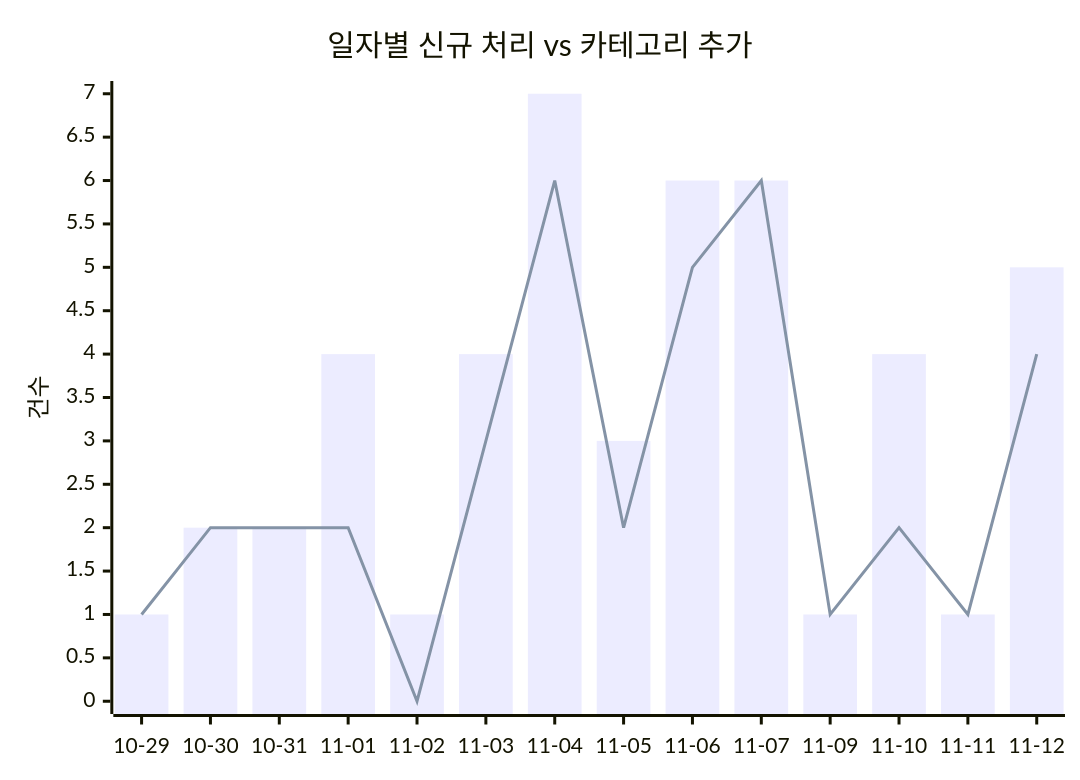
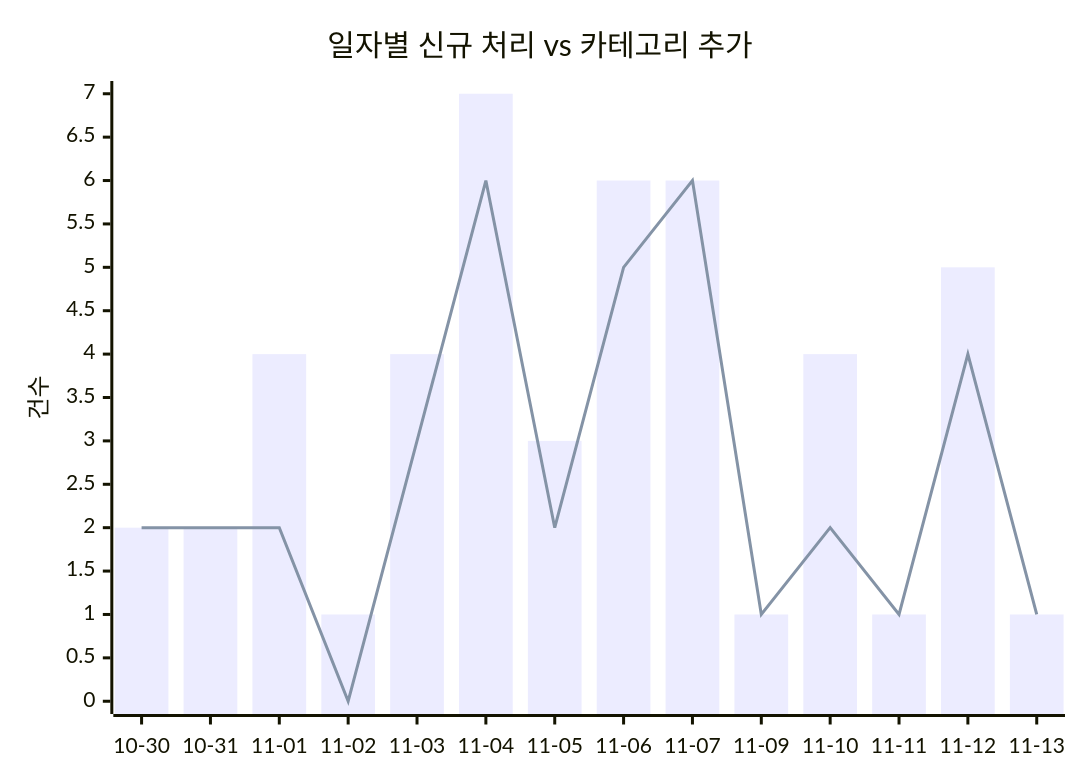
The first of 2 diagrams in docs/trends.md (J-nowcow/awesome-korean-agent-skills), drawn with Mermaid before and after one commit. The commit also changed other lines of this file and 4 other files, not shown here.

````diff
--- a/docs/trends.md
+++ b/docs/trends.md
@@ -32,8 +32,8 @@
 ```mermaid
 xychart-beta
     title "일자별 신규 처리 vs 카테고리 추가"
-    x-axis ["10-29","10-30","10-31","11-01","11-02","11-03","11-04","11-05","11-06","11-07","11-09","11-10","11-11","11-12"]
+    x-axis ["10-30","10-31","11-01","11-02","11-03","11-04","11-05","11-06","11-07","11-09","11-10","11-11","11-12","11-13"]
     y-axis "건수"
-    bar [1,2,2,4,1,4,7,3,6,6,1,4,1,5]
-    line [1,2,2,2,0,3,6,2,5,6,1,2,1,4]
+    bar [2,2,4,1,4,7,3,6,6,1,4,1,5,1]
+    line [2,2,2,0,3,6,2,5,6,1,2,1,4,1]
 ```
````
